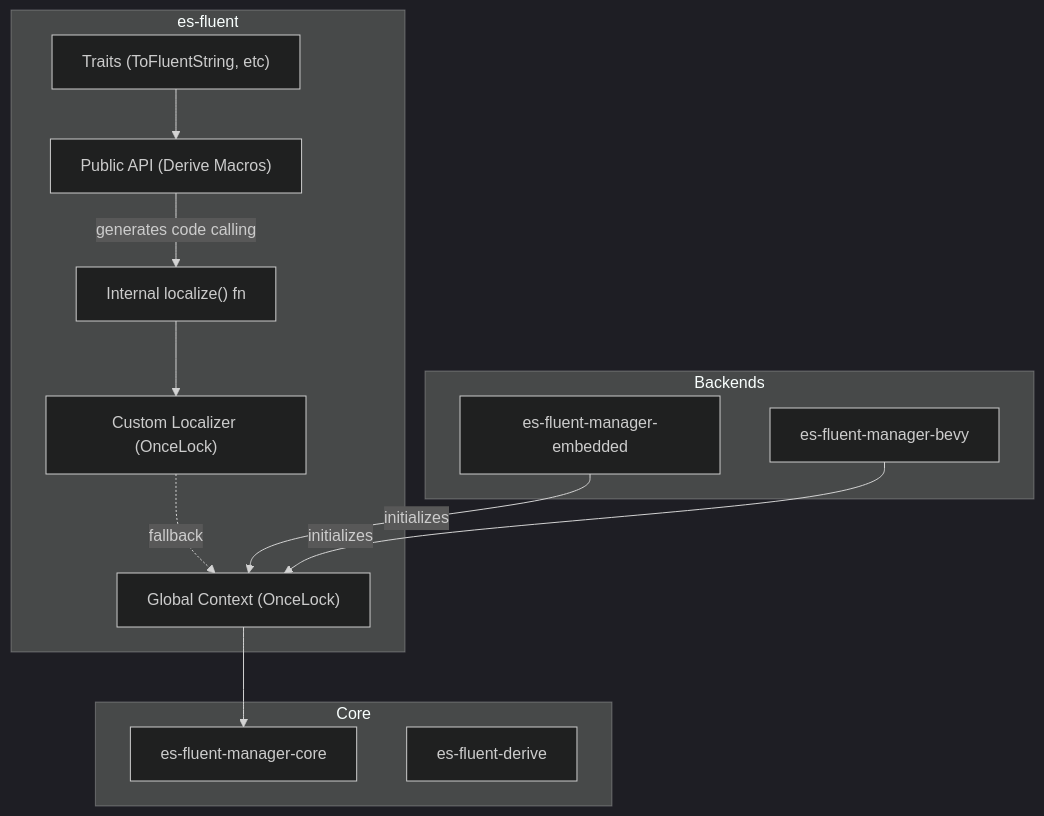
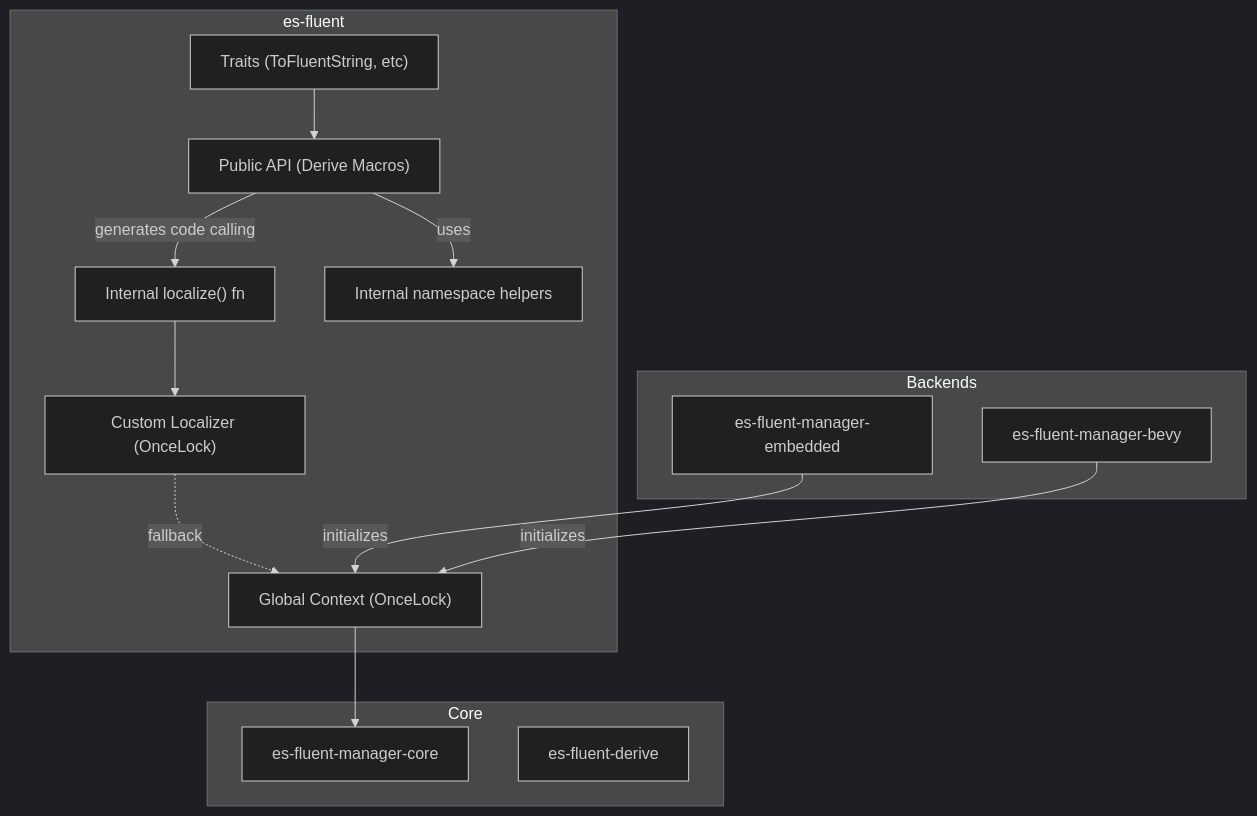
One commit to stayhydated/es-fluent changed the diagram in crates/es-fluent/docs/ARCHITECTURE.md. Above: the diagram before and after it, drawn with Mermaid (dark theme). The commit also changed other lines of this file and 47 other files, not shown here.

````diff
--- a/crates/es-fluent/docs/ARCHITECTURE.md
+++ b/crates/es-fluent/docs/ARCHITECTURE.md
@@ -17,28 +17,30 @@
 ```mermaid
 flowchart TD
     subgraph FACADE["es-fluent"]
         API["Public API (Derive Macros)"]
         CTX["Global Context (OnceLock)"]
         CUSTOM["Custom Localizer (OnceLock)"]
         TRAIT["Traits (ToFluentString, etc)"]
         INTERNAL["Internal localize() fn"]
+        NS["Internal namespace helpers"]
     end
 
     subgraph BACKEND["Backends"]
         EMBED["es-fluent-manager-embedded"]
         BEVY["es-fluent-manager-bevy"]
     end
 
     subgraph CORE["Core"]
         MGR["es-fluent-manager-core"]
         DERIVE["es-fluent-derive"]
     end
 
     API -->|generates code calling| INTERNAL
+    API -->|uses| NS
     INTERNAL --> CUSTOM
     CUSTOM -.->|fallback| CTX
     CTX --> MGR
     EMBED -->|initializes| CTX
     BEVY -->|initializes| CTX
     TRAIT --> API
 ```
````
